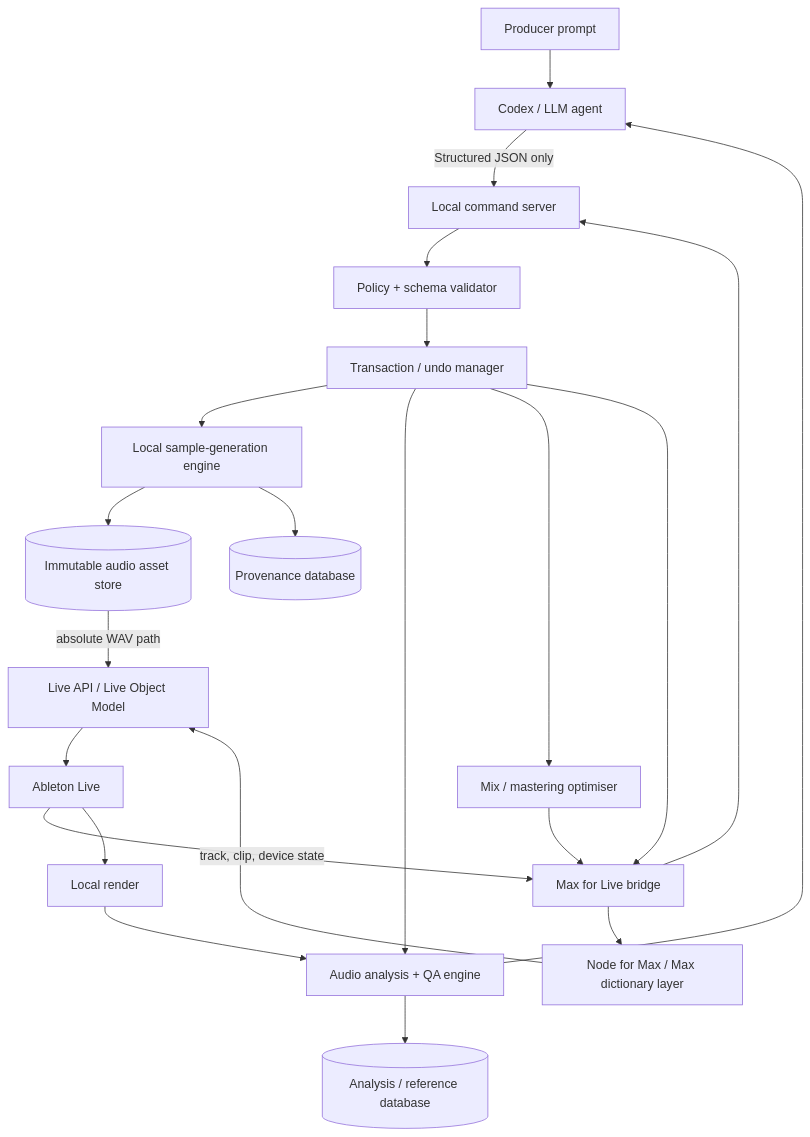
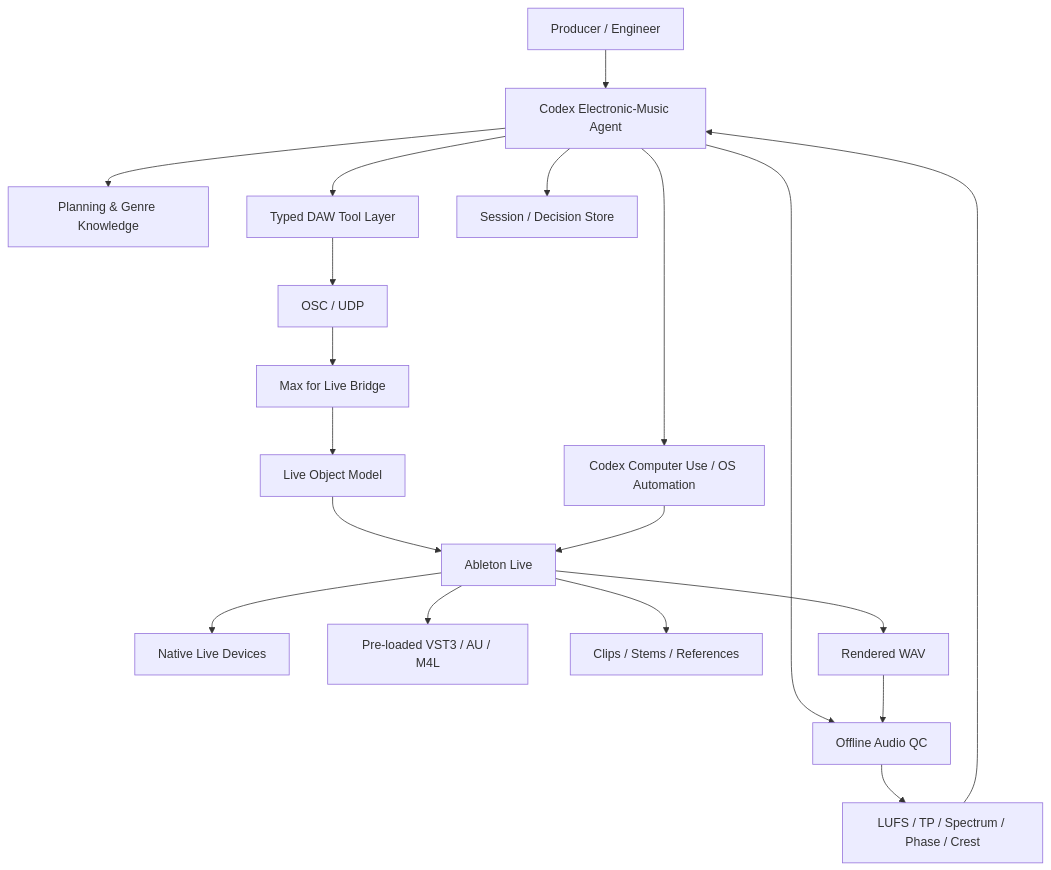
One commit to binaryfoundry/troublemaker changed the second of 4 diagrams in MIXING.md. Above: the diagram before and after it, drawn with Mermaid. The commit also changed other lines of this file and 36 other files, not shown here.

First line of the commit message:
Add mixing/mastering: offline QC, master-chain roles, Live 12 chain build

````diff
--- a/MIXING.md
+++ b/MIXING.md
@@ -39,31 +69,26 @@
 ```mermaid
-flowchart TD
-    U[Producer prompt] --> C[Codex / LLM agent]
+flowchart TB
+    U[Producer / Engineer] --> C[Codex Electronic-Music Agent]
 
-    C -->|Structured JSON only| S[Local command server]
+    C --> P[Planning & Genre Knowledge]
+    C --> T[Typed DAW Tool Layer]
+    C --> Q[Offline Audio QC]
+    C --> S[Session / Decision Store]
 
-    S --> P[Policy + schema validator]
-    P --> T[Transaction / undo manager]
+    T --> OSC[OSC / UDP]
+    OSC --> M4L[Max for Live Bridge]
+    M4L --> LOM[Live Object Model]
+    LOM --> LIVE[Ableton Live]
 
-    T --> G[Local sample-generation engine]
-    T --> A[Audio analysis + QA engine]
-    T --> M[Mix / mastering optimiser]
-    T --> B[Max for Live bridge]
+    LIVE --> N[Native Live Devices]
+    LIVE --> PL[Pre-loaded VST3 / AU / M4L]
+    LIVE --> AUDIO[Clips / Stems / References]
 
-    G --> AS[(Immutable audio asset store)]
-    G --> PR[(Provenance database)]
-    A --> DB[(Analysis / reference database)]
-    M --> B
+    C --> GUI[Codex Computer Use / OS Automation]
+    GUI --> LIVE
 
-    B --> N[Node for Max / Max dictionary layer]
-    N --> L[Live API / Live Object Model]
-    L --> LIVE[Ableton Live]
-
-    AS -->|absolute WAV path| L
-    LIVE -->|track, clip, device state| B
-    B --> S
-
-    LIVE --> R[Local render]
-    R --> A
-    A --> C
+    LIVE --> RENDER[Rendered WAV]
+    RENDER --> Q
+    Q --> METRICS[LUFS / TP / Spectrum / Phase / Crest]
+    METRICS --> C
 ```
````
